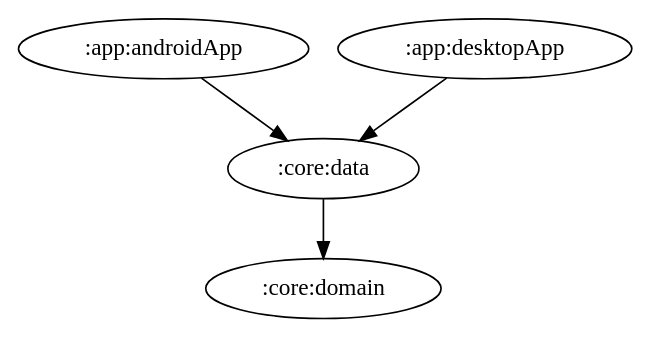
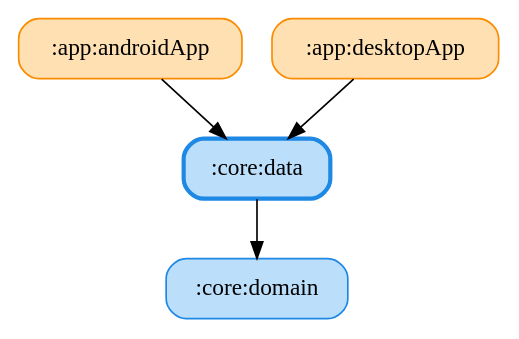
Before and after one commit to ai-kurou/KoDriver: the diagram in docs/graphs/core-data.gv, drawn with Graphviz. The commit also changed 97 other files, not shown here.

Commit message:
chore: update module graph images

```diff
--- a/docs/graphs/core-data.gv
+++ b/docs/graphs/core-data.gv
@@ -1,6 +1,11 @@
 digraph G {
   rankdir=TB
+  node [shape=box, style="rounded,filled"]
+  ":app:androidApp" [fillcolor="#FFE0B2", color="#FB8C00", penwidth=1]
+  ":app:desktopApp" [fillcolor="#FFE0B2", color="#FB8C00", penwidth=1]
+  ":core:data" [fillcolor="#BBDEFB", color="#1E88E5", penwidth=2.5]
+  ":core:domain" [fillcolor="#BBDEFB", color="#1E88E5", penwidth=1]
   ":app:androidApp" -> ":core:data"
   ":app:desktopApp" -> ":core:data"
   ":core:data" -> ":core:domain"
 }
```
